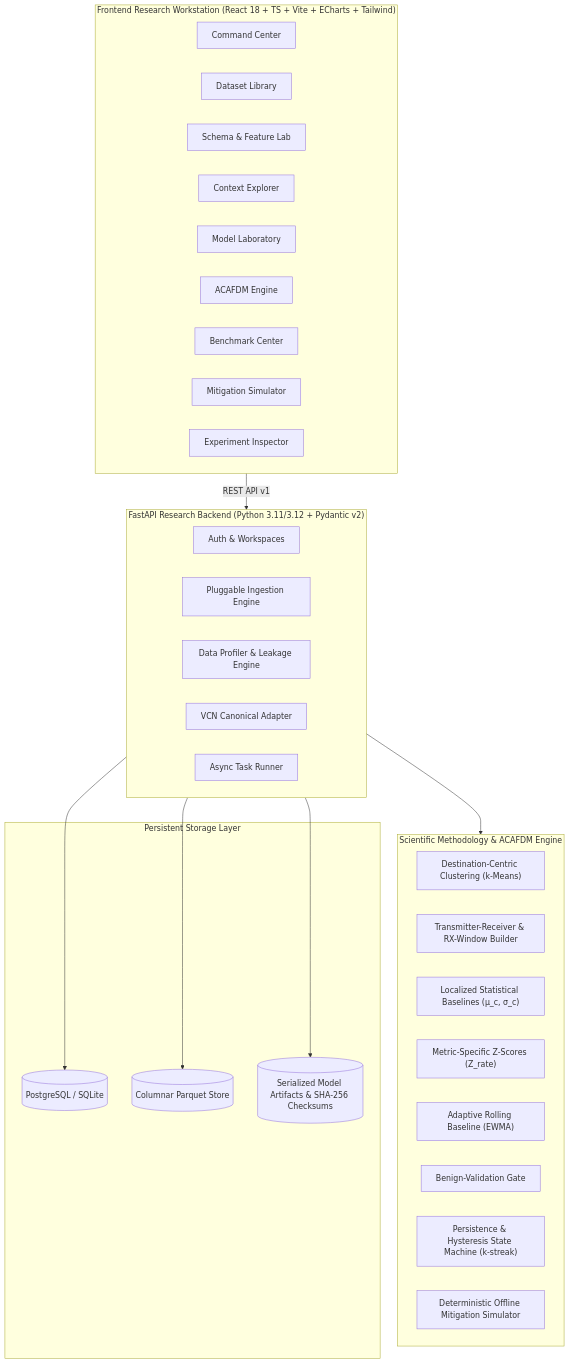
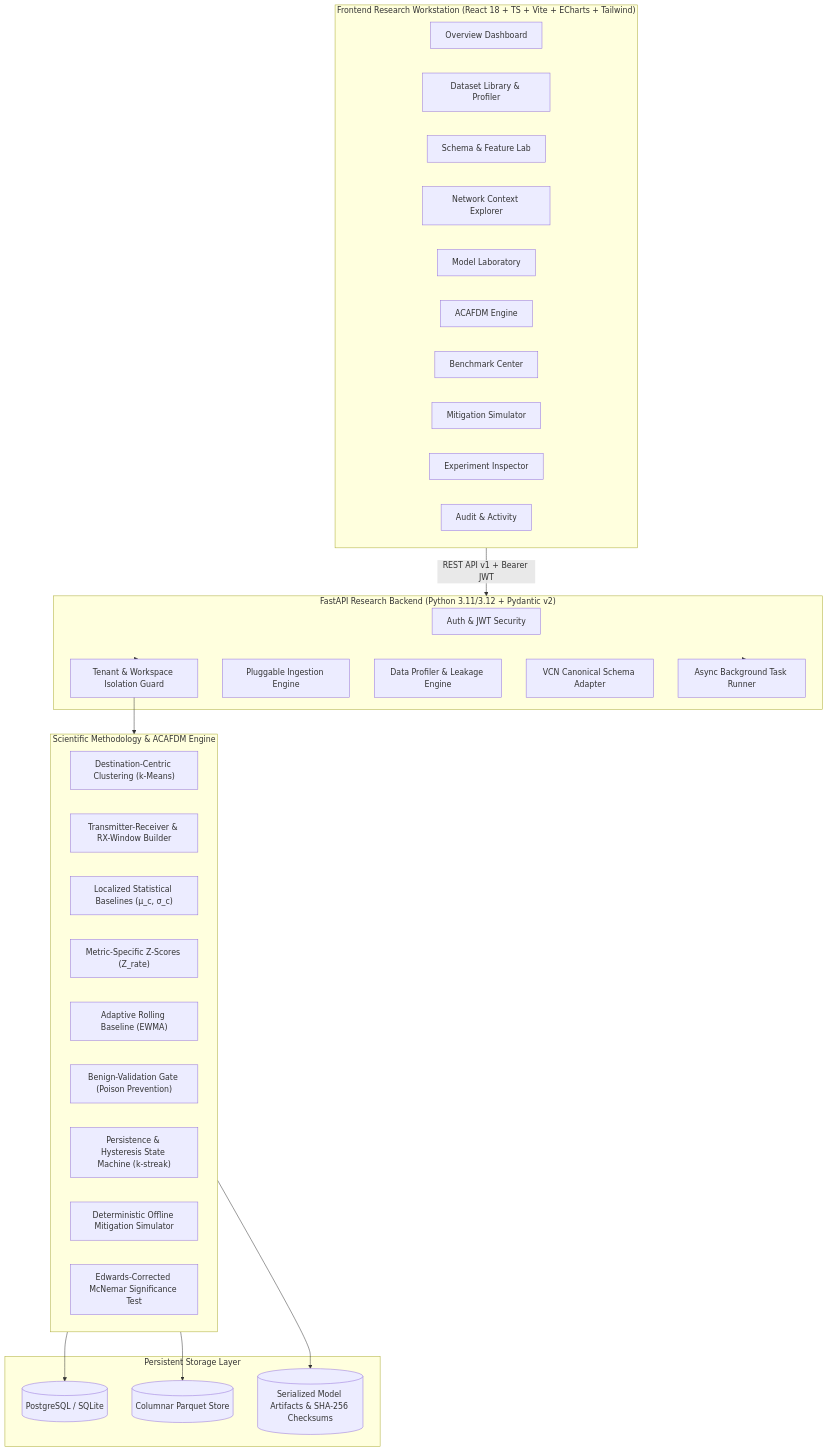
The diagram in README.md (Pranay-Kumar-02/flux-v2x), drawn with Mermaid before and after one commit. The commit also changed other lines of this file and 29 other files, not shown here.

Commit message:
fix(security): remediate authentication bypass, enforce workspace isolation, truthful research provenance, fail-closed secrets, and non-blocking jobs

````diff
--- a/README.md
+++ b/README.md
@@ -36,45 +47,50 @@
 ```mermaid
 graph TD
     subgraph Client ["Frontend Research Workstation (React 18 + TS + Vite + ECharts + Tailwind)"]
-        UI_CC[Command Center]
-        UI_DS[Dataset Library]
+        UI_CC[Overview Dashboard]
+        UI_DS[Dataset Library & Profiler]
         UI_SCH[Schema & Feature Lab]
-        UI_CTX[Context Explorer]
+        UI_CTX[Network Context Explorer]
         UI_ML[Model Laboratory]
         UI_AC[ACAFDM Engine]
         UI_BM[Benchmark Center]
         UI_SIM[Mitigation Simulator]
         UI_INSP[Experiment Inspector]
+        UI_AUD[Audit & Activity]
     end
 
     subgraph API ["FastAPI Research Backend (Python 3.11/3.12 + Pydantic v2)"]
-        AUTH[Auth & Workspaces]
+        AUTH[Auth & JWT Security]
+        TENANT[Tenant & Workspace Isolation Guard]
         INGEST[Pluggable Ingestion Engine]
         PROF[Data Profiler & Leakage Engine]
-        VCN_ADAPT[VCN Canonical Adapter]
-        TASK_RUN[Async Task Runner]
+        VCN_ADAPT[VCN Canonical Schema Adapter]
+        JOBS[Async Background Task Runner]
     end
 
     subgraph Scientific_Core ["Scientific Methodology & ACAFDM Engine"]
         ST_CLUST["Destination-Centric Clustering (k-Means)"]
         RX_WIN["Transmitter-Receiver & RX-Window Builder"]
         LOC_BASE["Localized Statistical Baselines (μ_c, σ_c)"]
         Z_DEV["Metric-Specific Z-Scores (Z_rate)"]
         ROLL_BASE["Adaptive Rolling Baseline (EWMA)"]
-        POISON_GATE["Benign-Validation Gate"]
+        POISON_GATE["Benign-Validation Gate (Poison Prevention)"]
         PERSIST["Persistence & Hysteresis State Machine (k-streak)"]
         SIM_OFFLINE["Deterministic Offline Mitigation Simulator"]
+        MCNEMAR["Edwards-Corrected McNemar Significance Test"]
     end
 
     subgraph Storage ["Persistent Storage Layer"]
         DB[(PostgreSQL / SQLite)]
         PARQUET[(Columnar Parquet Store)]
         ARTIFACTS[(Serialized Model Artifacts & SHA-256 Checksums)]
     end
 
-    Client -->|REST API v1| API
-    API --> Scientific_Core
-    API --> DB
-    API --> PARQUET
-    API --> ARTIFACTS
+    Client -->|REST API v1 + Bearer JWT| API
+    API --> TENANT
+    TENANT --> Scientific_Core
+    API --> JOBS
+    Scientific_Core --> DB
+    Scientific_Core --> PARQUET
+    Scientific_Core --> ARTIFACTS
 ```
````
